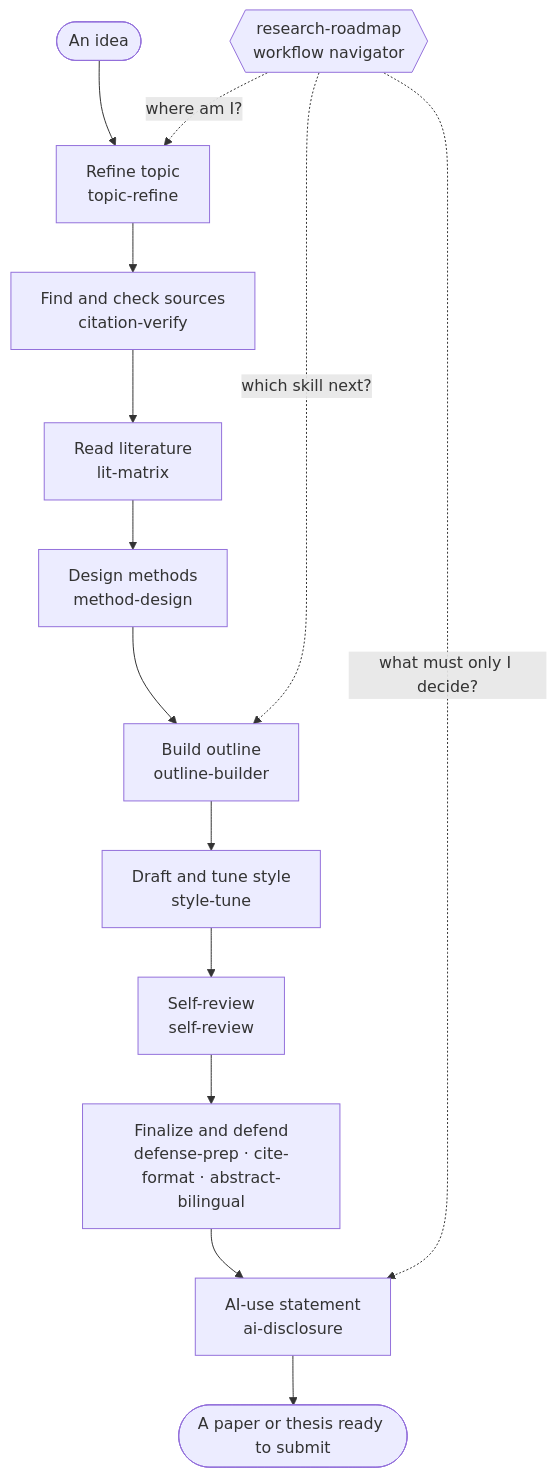
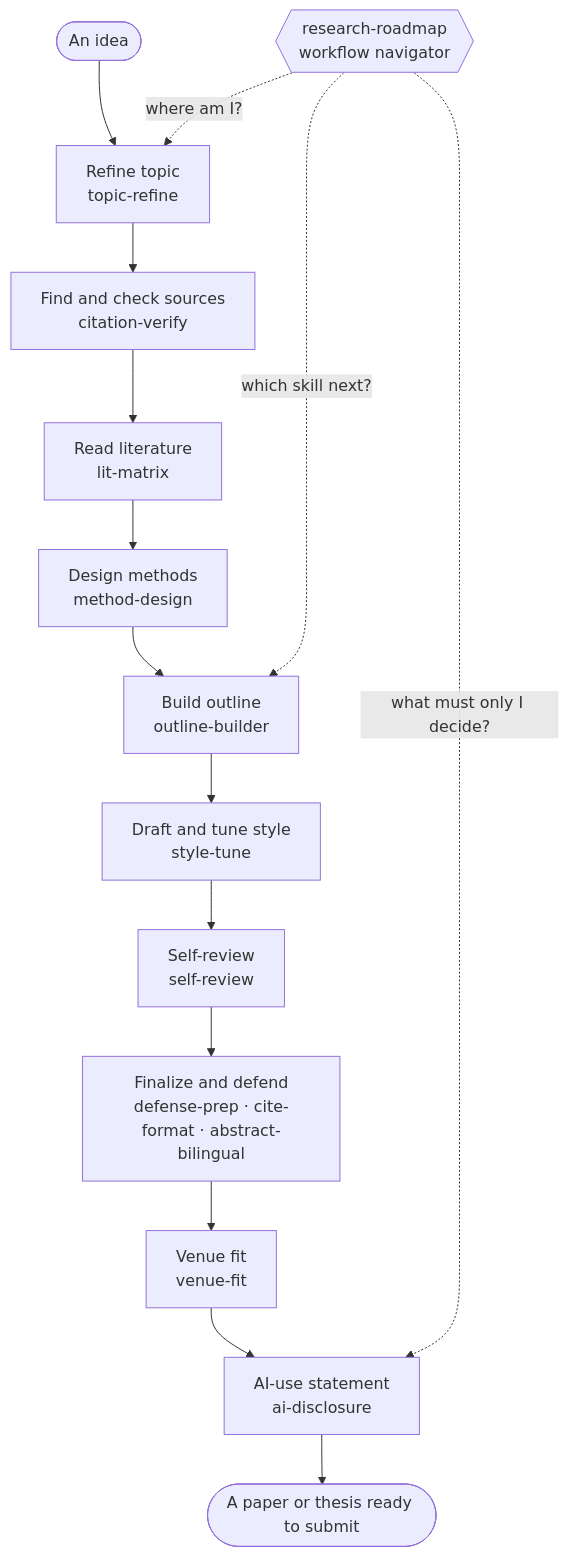
One commit to DylanChiang-Dev/liberal-arts-research-skills changed the diagram in README.en.md. Above: the diagram before and after it, drawn with Mermaid. The commit also changed other lines of this file and 9 other files, not shown here.

Commit message:
feat: promote venue-fit with real submission case

````diff
--- a/README.en.md
+++ b/README.en.md
@@ -48,16 +48,17 @@
 ```mermaid
 flowchart TD
     Start([An idea]) --> S1[Refine topic<br/>topic-refine]
     S1 --> S2[Find and check sources<br/>citation-verify]
     S2 --> S3[Read literature<br/>lit-matrix]
     S3 --> S4[Design methods<br/>method-design]
     S4 --> S5[Build outline<br/>outline-builder]
     S5 --> S6[Draft and tune style<br/>style-tune]
     S6 --> S7[Self-review<br/>self-review]
     S7 --> S8[Finalize and defend<br/>defense-prep · cite-format · abstract-bilingual]
-    S8 --> S9[AI-use statement<br/>ai-disclosure]
-    S9 --> End([A paper or thesis ready to submit])
+    S8 --> S9[Venue fit<br/>venue-fit]
+    S9 --> S10[AI-use statement<br/>ai-disclosure]
+    S10 --> End([A paper or thesis ready to submit])
     RM{{research-roadmap<br/>workflow navigator}} -.where am I?.-> S1
     RM -.which skill next?.-> S5
-    RM -.what must only I decide?.-> S9
+    RM -.what must only I decide?.-> S10
 ```
````
